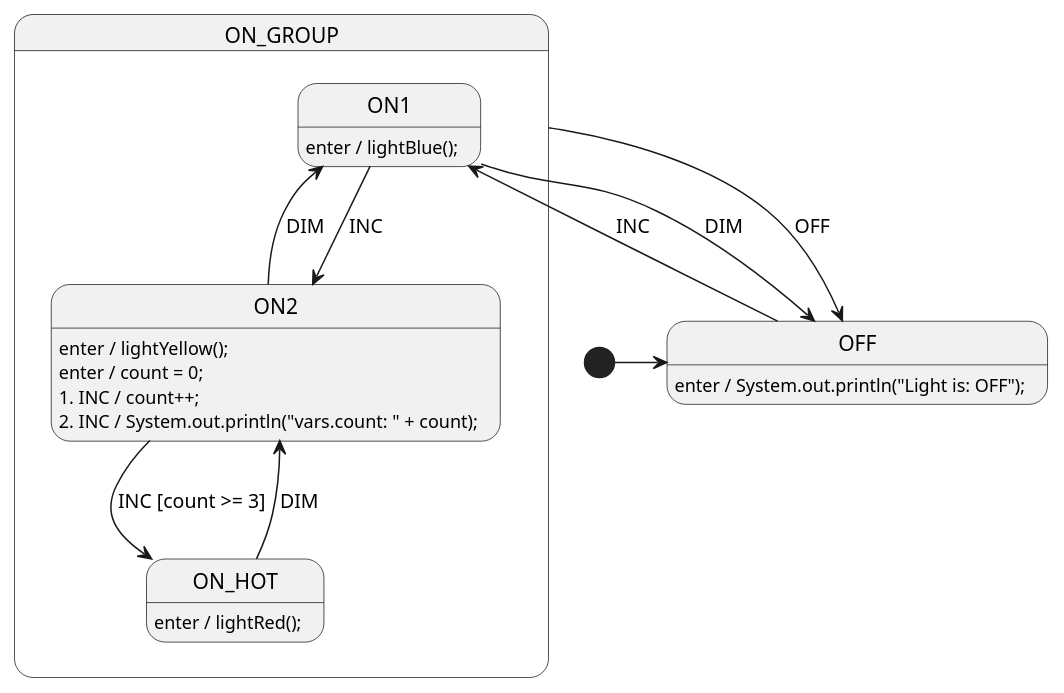
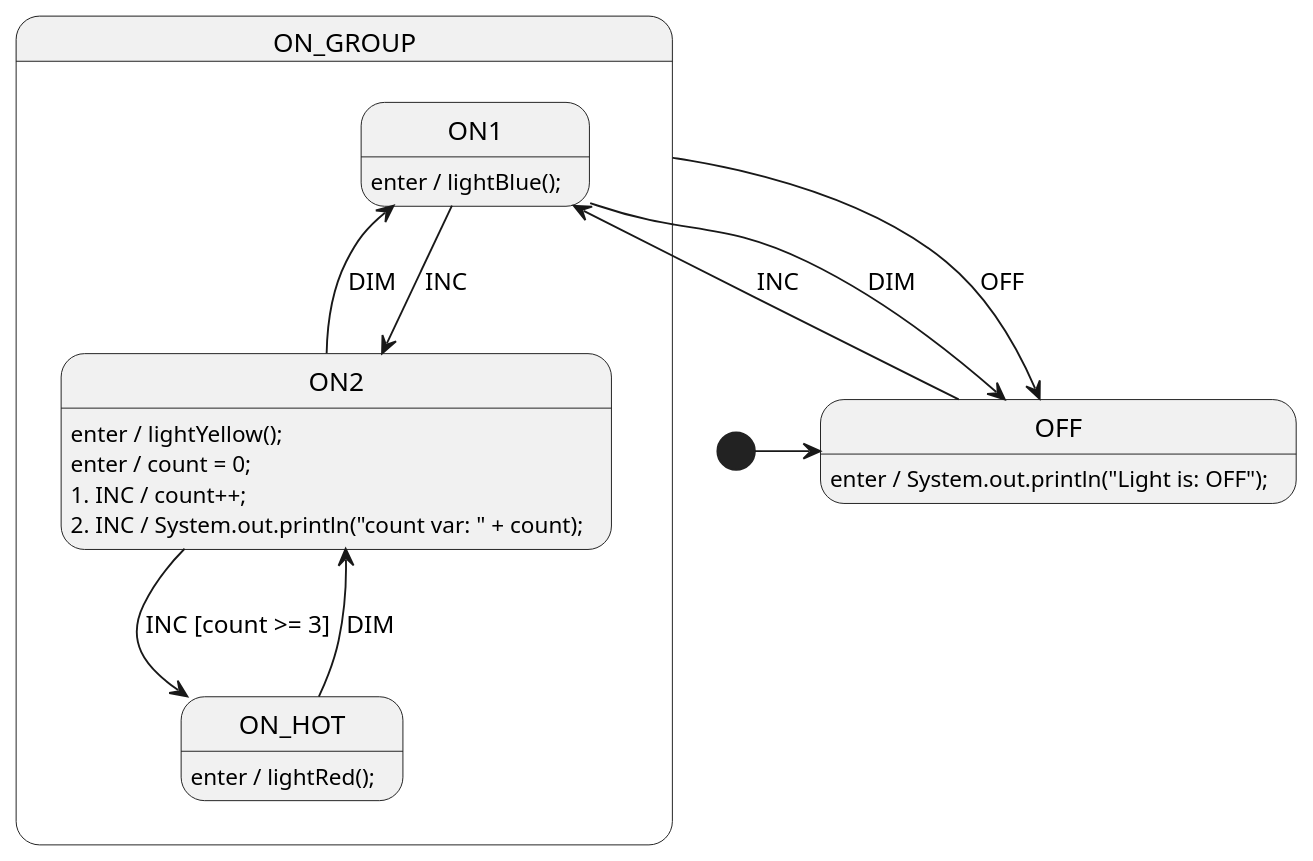
One commit to StateSmith/tutorial-3 changed the diagram in lesson-4/java/my_light_package/LightSm.plantuml. Above: the diagram before and after it, drawn with PlantUML. The commit also changed 37 other files, not shown here.

Commit message:
update ss.cli and print `count var:`

```diff
--- a/lesson-4/java/my_light_package/LightSm.plantuml
+++ b/lesson-4/java/my_light_package/LightSm.plantuml
@@ -1,55 +1,56 @@
 @startuml LightSm
+scale 1.25
 
 ' //////////////////////// STATE ORGANIZATION ///////////////////////
 ' Note: StateSmith treats state names and events as case insensitive.
 ' More info: https://github.com/StateSmith/StateSmith/wiki/PlantUML
 
 state OFF
 state ON_GROUP {
     state ON1
     state ON2
     state ON_HOT
 }
 
 [*] -> OFF
 
 ' ///////////////////////// STATE HANDLERS /////////////////////////
 ' Syntax: https://github.com/StateSmith/StateSmith/wiki/Behaviors
 
 OFF: enter / System.out.println("Light is: OFF");
 OFF --> ON1: INC
 
 ON_GROUP --> OFF : OFF
 
 ON1: enter / lightBlue();
 ON1 --> ON2: INC
 ON1 --> OFF: DIM
 
 ON2: enter / lightYellow();
 ON2: enter / count = 0;
 ON2: 1. INC / count++;
-ON2: 2. INC / System.out.println("vars.count: " + count);
+ON2: 2. INC / System.out.println("count var: " + count);
 ON2 --> ON_HOT: INC [count >= 3]
 ON2 --> ON1: DIM
 
 ON_HOT: enter / lightRed();
 ON_HOT --> ON2: DIM
 
 
 ' //////////////////////// StateSmith config ////////////////////////
 ' The below special comment block sets the StateSmith configuration.
 ' More info: https://github.com/StateSmith/StateSmith/issues/335
 
 /'! $CONFIG : toml
 SmRunnerSettings.transpilerId = "Java"
 
 [RenderConfig.Java]
 Package = "my_light_package"
 Imports = """
     // place for user imports
     """
 Extends = "LightSmBase"
 # Implements
 
 '/
 @enduml
```
